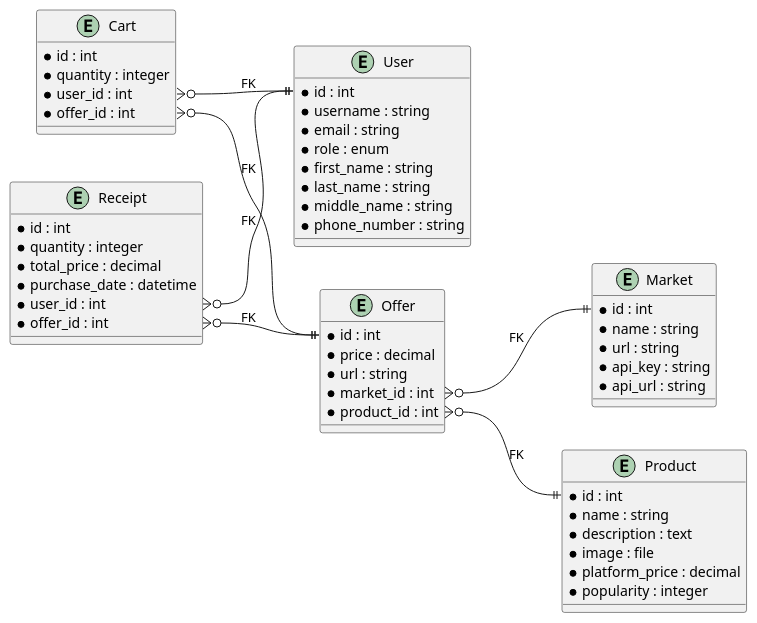
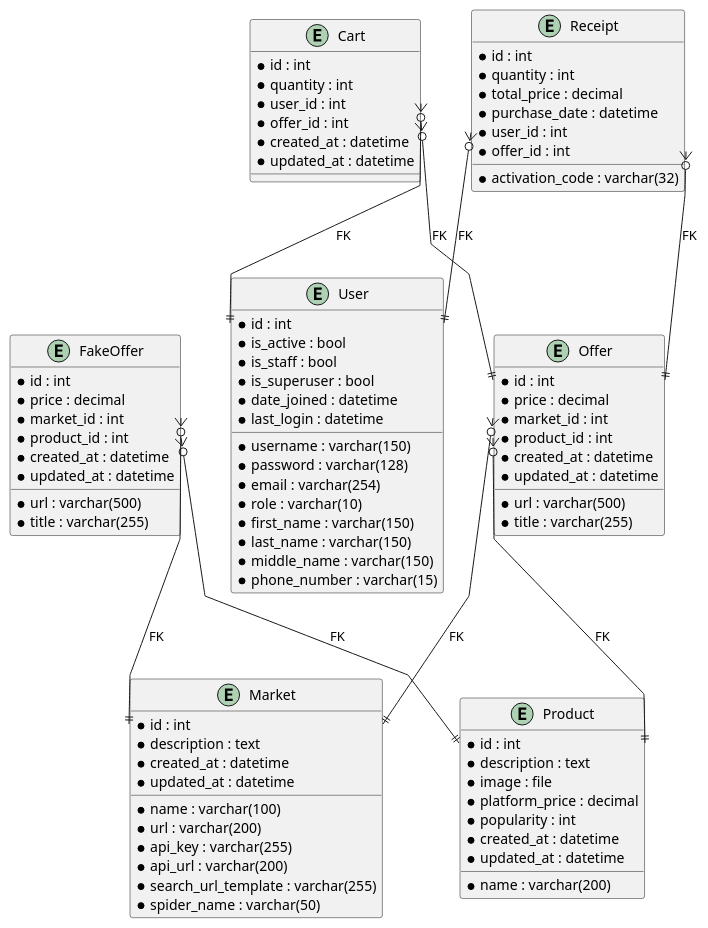
Before and after one commit to Zanavez/digital-marketplace: the diagram in docs/er_diagram.puml, drawn with PlantUML. The commit also changed 178 other files, not shown here.

Commit message:
chore: project full structure and all recent changes (models, templates, docs, migrations, logic, UI, diagrams)

```diff
--- a/docs/er_diagram.puml
+++ b/docs/er_diagram.puml
@@ -1,68 +1,99 @@
 @startuml
-' ER-диаграмма: связи от конкретных полей-ключей, минимизация пересечений
+' ER-диаграмма: компактная, стрелки прямые
 
-left to right direction
+top to bottom direction
+skinparam linetype polyline
 
 entity "User" as user {
     * id : int
-    * username : string
-    * email : string
-    * role : enum
-    * first_name : string
-    * last_name : string
-    * middle_name : string
-    * phone_number : string
+    * username : varchar(150)
+    * password : varchar(128)
+    * email : varchar(254)
+    * role : varchar(10)
+    * first_name : varchar(150)
+    * last_name : varchar(150)
+    * middle_name : varchar(150)
+    * phone_number : varchar(15)
+    * is_active : bool
+    * is_staff : bool
+    * is_superuser : bool
+    * date_joined : datetime
+    * last_login : datetime
+}
+
+entity "Product" as product {
+    * id : int
+    * name : varchar(200)
+    * description : text
+    * image : file
+    * platform_price : decimal
+    * popularity : int
+    * created_at : datetime
+    * updated_at : datetime
 }
 
 entity "Market" as market {
     * id : int
-    * name : string
-    * url : string
-    * api_key : string
-    * api_url : string
-}
-
-entity "Product" as product {
-    * id : int
-    * name : string
+    * name : varchar(100)
+    * url : varchar(200)
     * description : text
-    * image : file
-    * platform_price : decimal
-    * popularity : integer
+    * api_key : varchar(255)
+    * api_url : varchar(200)
+    * search_url_template : varchar(255)
+    * spider_name : varchar(50)
+    * created_at : datetime
+    * updated_at : datetime
 }
 
 entity "Offer" as offer {
     * id : int
     * price : decimal
-    * url : string
+    * url : varchar(500)
+    * title : varchar(255)
     * market_id : int
     * product_id : int
+    * created_at : datetime
+    * updated_at : datetime
+}
+
+entity "FakeOffer" as fakeoffer {
+    * id : int
+    * price : decimal
+    * url : varchar(500)
+    * title : varchar(255)
+    * market_id : int
+    * product_id : int
+    * created_at : datetime
+    * updated_at : datetime
 }
 
 entity "Cart" as cart {
     * id : int
-    * quantity : integer
+    * quantity : int
     * user_id : int
     * offer_id : int
+    * created_at : datetime
+    * updated_at : datetime
 }
 
 entity "Receipt" as receipt {
     * id : int
-    * quantity : integer
+    * quantity : int
     * total_price : decimal
     * purchase_date : datetime
     * user_id : int
     * offer_id : int
+    * activation_code : varchar(32)
 }
 
-' Связи от конкретных полей-ключей
+' Стрелки от конкретных полей
 cart::user_id }o--|| user::id : "FK"
 cart::offer_id }o--|| offer::id : "FK"
-
 receipt::user_id }o--|| user::id : "FK"
 receipt::offer_id }o--|| offer::id : "FK"
-
 offer::product_id }o--|| product::id : "FK"
 offer::market_id }o--|| market::id : "FK"
+fakeoffer::product_id }o--|| product::id : "FK"
+fakeoffer::market_id }o--|| market::id : "FK"
 
 @enduml 
```
